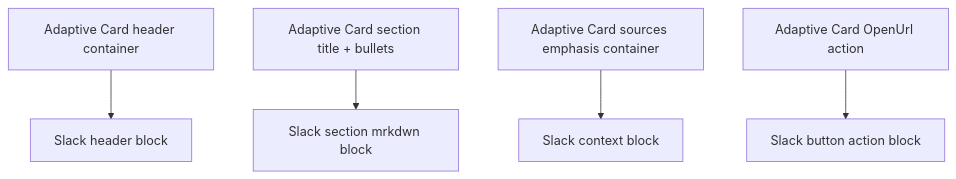
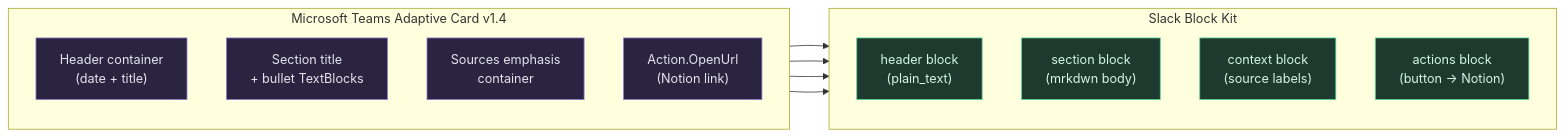
The tenth of 25 diagrams in ARCHITECTURE.md (apelleg/freight-intel-brief), drawn with Mermaid before and after one commit. The commit also changed other lines of this file and 44 other files, not shown here.

````diff
--- a/ARCHITECTURE.md
+++ b/ARCHITECTURE.md
@@ -507,7 +580,26 @@
 ```mermaid
-flowchart TD
-    A["Adaptive Card header container"] --> B["Slack header block"]
-    C["Adaptive Card section title + bullets"] --> D["Slack section mrkdwn block"]
-    E["Adaptive Card sources emphasis container"] --> F["Slack context block"]
-    G["Adaptive Card OpenUrl action"] --> H["Slack button action block"]
+flowchart LR
+    classDef tc fill:#2a2440,stroke:#8b7ad4,color:#e4e4ef
+    classDef sl fill:#1e3a2f,stroke:#5bd49b,color:#d4f8e2
+
+    subgraph TEAMS["Microsoft Teams Adaptive Card v1.4"]
+        direction TB
+        A["Header container<br/>(date + title)"]:::tc
+        C["Section title<br/>+ bullet TextBlocks"]:::tc
+        E["Sources emphasis<br/>container"]:::tc
+        G["Action.OpenUrl<br/>(Notion link)"]:::tc
+    end
+
+    subgraph SLACK["Slack Block Kit"]
+        direction TB
+        B["header block<br/>(plain_text)"]:::sl
+        D["section block<br/>(mrkdwn body)"]:::sl
+        F["context block<br/>(source labels)"]:::sl
+        H["actions block<br/>(button → Notion)"]:::sl
+    end
+
+    A --> B
+    C --> D
+    E --> F
+    G --> H
 ```
````
